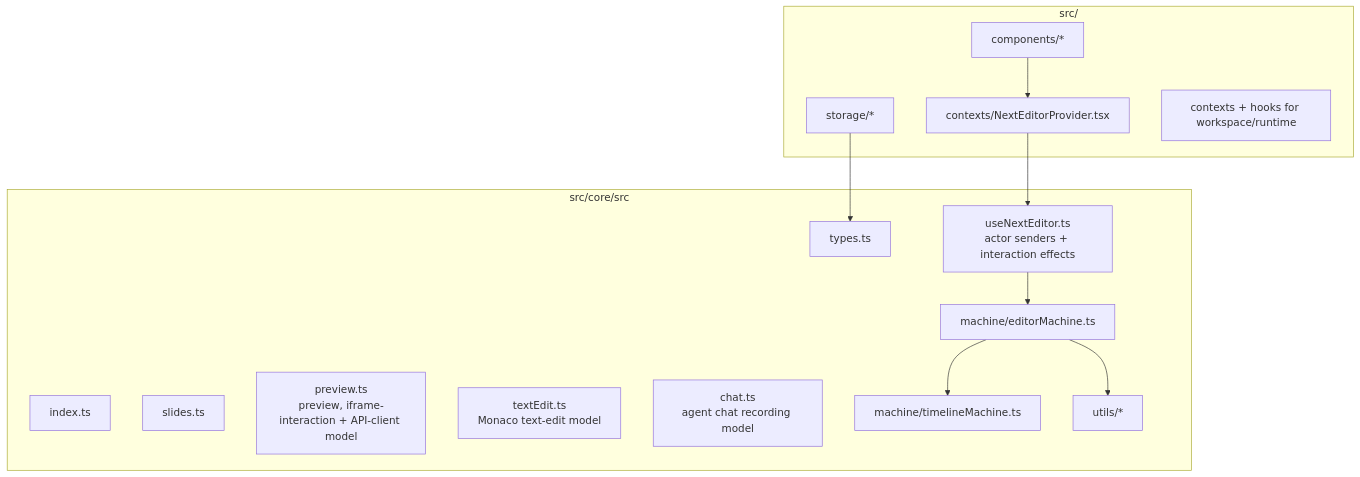
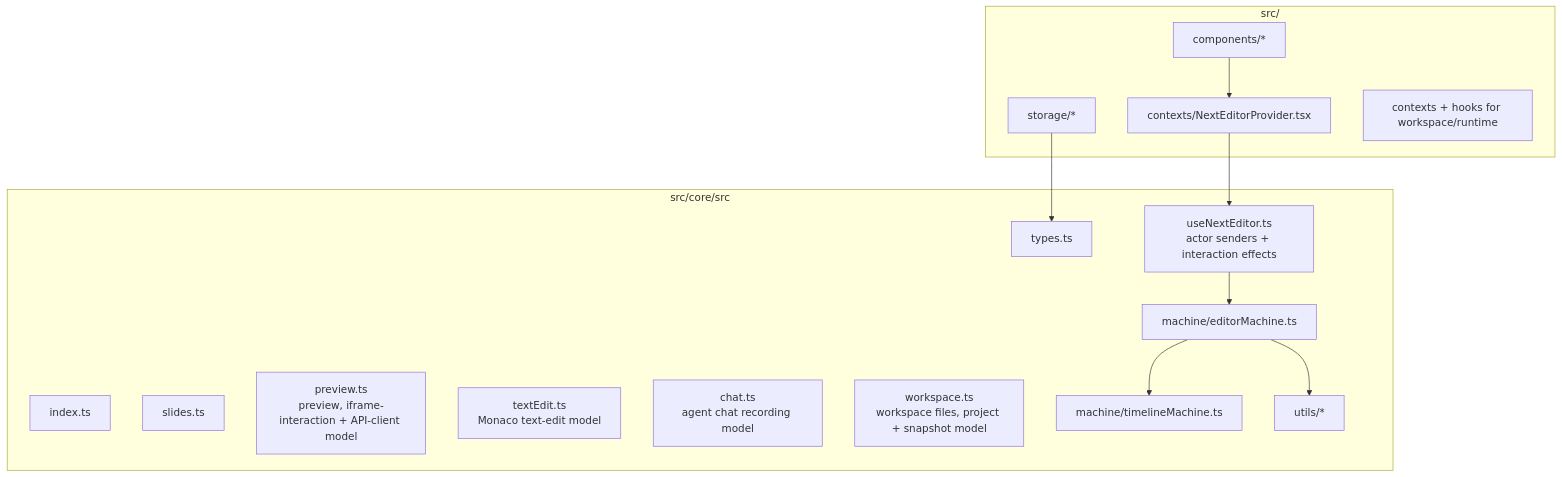
The first of 3 diagrams in docs/core.md (channyeintun/next-editor), drawn with Mermaid before and after one commit. The commit also changed other lines of this file and 17 other files, not shown here.

````diff
--- a/docs/core.md
+++ b/docs/core.md
@@ -7,29 +7,30 @@
 ```mermaid
 flowchart TB
   subgraph Core["src/core/src"]
     Index[index.ts]
     Types[types.ts]
     Slides[slides.ts]
     Preview[preview.ts<br/>preview, iframe-interaction + API-client model]
     TextEdit[textEdit.ts<br/>Monaco text-edit model]
     Chat[chat.ts<br/>agent chat recording model]
+    Workspace[workspace.ts<br/>workspace files, project + snapshot model]
     Hook[useNextEditor.ts<br/>actor senders + interaction effects]
     Machine[machine/editorMachine.ts]
     Timeline[machine/timelineMachine.ts]
     Utils[utils/*]
   end
 
   subgraph App["src/"]
     Provider[contexts/NextEditorProvider.tsx]
     Components[components/*]
     Storage[storage/*]
     Runtime[contexts + hooks for workspace/runtime]
   end
 
   Components --> Provider
   Provider --> Hook
   Hook --> Machine
   Machine --> Timeline
   Machine --> Utils
   Storage --> Types
 ```
````
